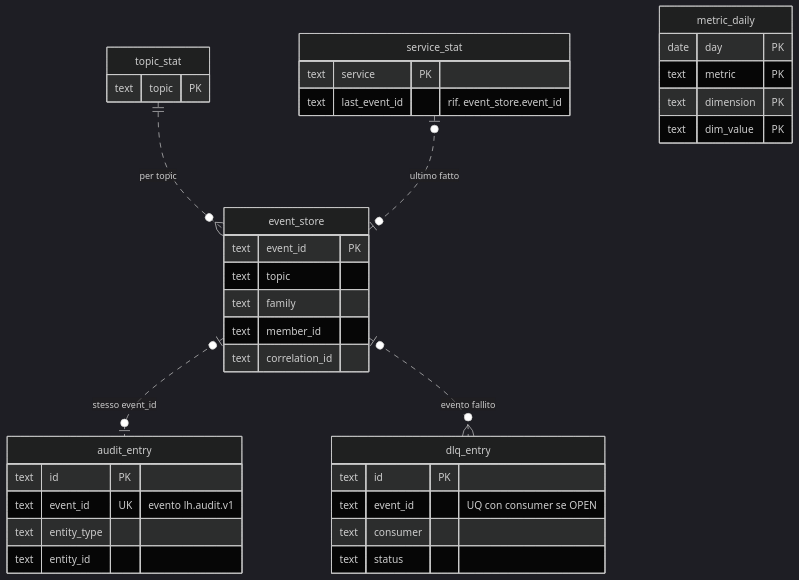
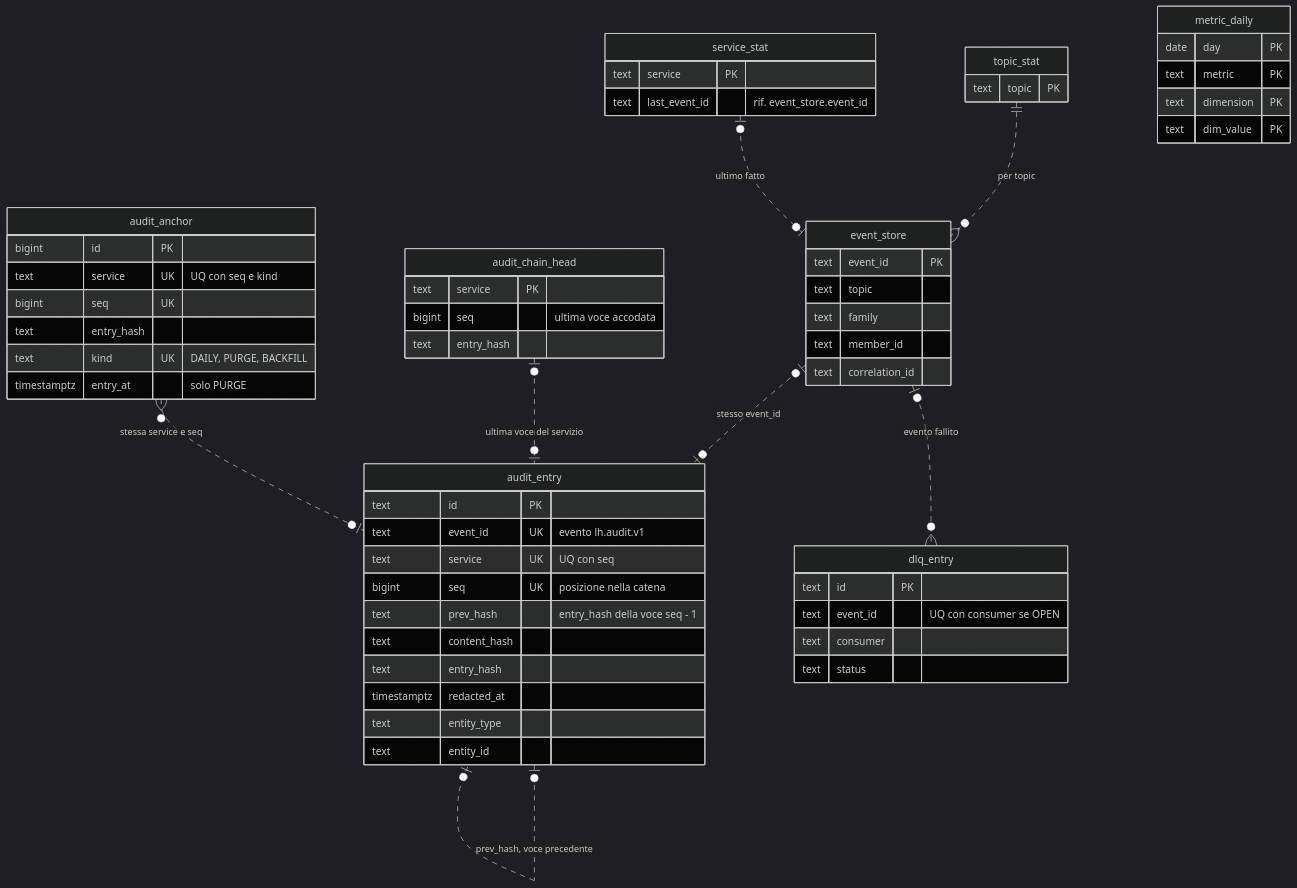
The first of 4 diagrams in docs/servizi/insight-service.md (peppe-ruv/Loyalty_Sys), drawn with Mermaid (dark theme) before and after one commit. The commit also changed other lines of this file and 39 other files, not shown here.

First line of the commit message:
feat(insight): audit a catena di hash, sola inserzione e verifica [F2-GRC-07, ADR-043, ADR-038, ADR-044, M8.12] (#106)

````diff
--- a/docs/servizi/insight-service.md
+++ b/docs/servizi/insight-service.md
@@ -21,41 +23,63 @@
 ```mermaid
 erDiagram
   accTitle: Tabelle dello schema insight
-  accDescr: L'event store conserva gli eventi dei cinque topic; le statistiche per topic e per servizio ne riassumono l'ultimo arrivo; audit e DLQ hanno una voce per evento; le metriche giornaliere sono aggregati indipendenti.
+  accDescr: L'event store conserva gli eventi dei cinque topic; le statistiche per topic e per servizio ne riassumono l'ultimo arrivo; audit e DLQ hanno una voce per evento; le voci di audit di un servizio sono in catena, con una testa per servizio e ancore registrate a parte; le metriche giornaliere sono aggregati indipendenti.
   event_store {
     text event_id PK
     text topic
     text family
     text member_id
     text correlation_id
   }
   topic_stat {
     text topic PK
   }
   service_stat {
     text service PK
     text last_event_id "rif. event_store.event_id"
   }
   audit_entry {
     text id PK
     text event_id UK "evento lh.audit.v1"
+    text service UK "UQ con seq"
+    bigint seq UK "posizione nella catena"
+    text prev_hash "entry_hash della voce seq - 1"
+    text content_hash
+    text entry_hash
+    timestamptz redacted_at
     text entity_type
     text entity_id
+  }
+  audit_chain_head {
+    text service PK
+    bigint seq "ultima voce accodata"
+    text entry_hash
+  }
+  audit_anchor {
+    bigint id PK
+    text service UK "UQ con seq e kind"
+    bigint seq UK
+    text entry_hash
+    text kind UK "DAILY, PURGE, BACKFILL"
+    timestamptz entry_at "solo PURGE"
   }
   dlq_entry {
     text id PK
     text event_id "UQ con consumer se OPEN"
     text consumer
     text status
   }
   metric_daily {
     date day PK
     text metric PK
     text dimension PK
     text dim_value PK
   }
   topic_stat ||..o{ event_store : "per topic"
   service_stat |o..o| event_store : "ultimo fatto"
   event_store |o..o| audit_entry : "stesso event_id"
   event_store |o..o{ dlq_entry : "evento fallito"
+  audit_entry |o..o| audit_entry : "prev_hash, voce precedente"
+  audit_chain_head |o..o| audit_entry : "ultima voce del servizio"
+  audit_anchor }o..o| audit_entry : "stessa service e seq"
 ```
````
